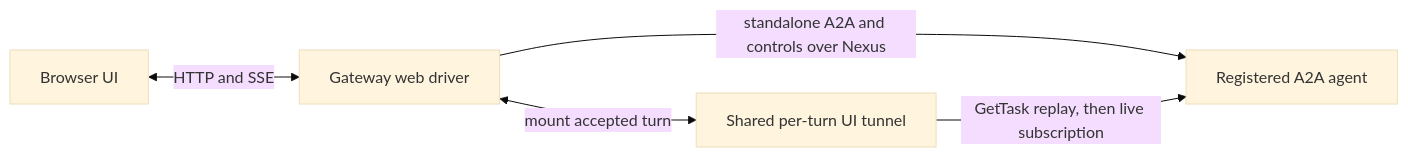
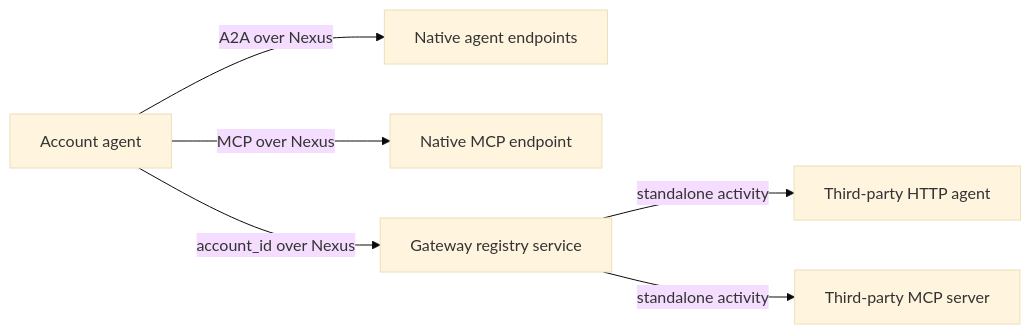
Before and after one commit to temporal-community/temporal-agent-harness: the second of 5 diagrams in examples/nexus_hello/README.md, drawn with Mermaid (base theme). The commit also changed other lines of this file and 26 other files, not shown here.

Commit message:
Add account MCP call history inspector

````diff
--- a/examples/nexus_hello/README.md
+++ b/examples/nexus_hello/README.md
@@ -105,7 +96,9 @@
 ```mermaid
 flowchart LR
-    Browser[Browser UI] <-->|HTTP and SSE| Driver[Gateway web driver]
-    Driver -->|standalone A2A and controls over Nexus| Agent[Registered A2A agent]
-    Driver <-->|mount accepted turn| Tunnel[Shared per-turn UI tunnel]
-    Tunnel -->|GetTask replay, then live subscription| Agent
+    Agent[Account agent]
+    Agent -->|A2A over Nexus| NativeAgents[Native agent endpoints]
+    Agent -->|MCP over Nexus| NativeMCP[Native MCP endpoint]
+    Agent -->|account_id over Nexus| Registry[Gateway registry service]
+    Registry -->|standalone activity| HTTPAgent[Third-party HTTP agent]
+    Registry -->|standalone activity| HTTPMCP[Third-party MCP server]
 ```
````
